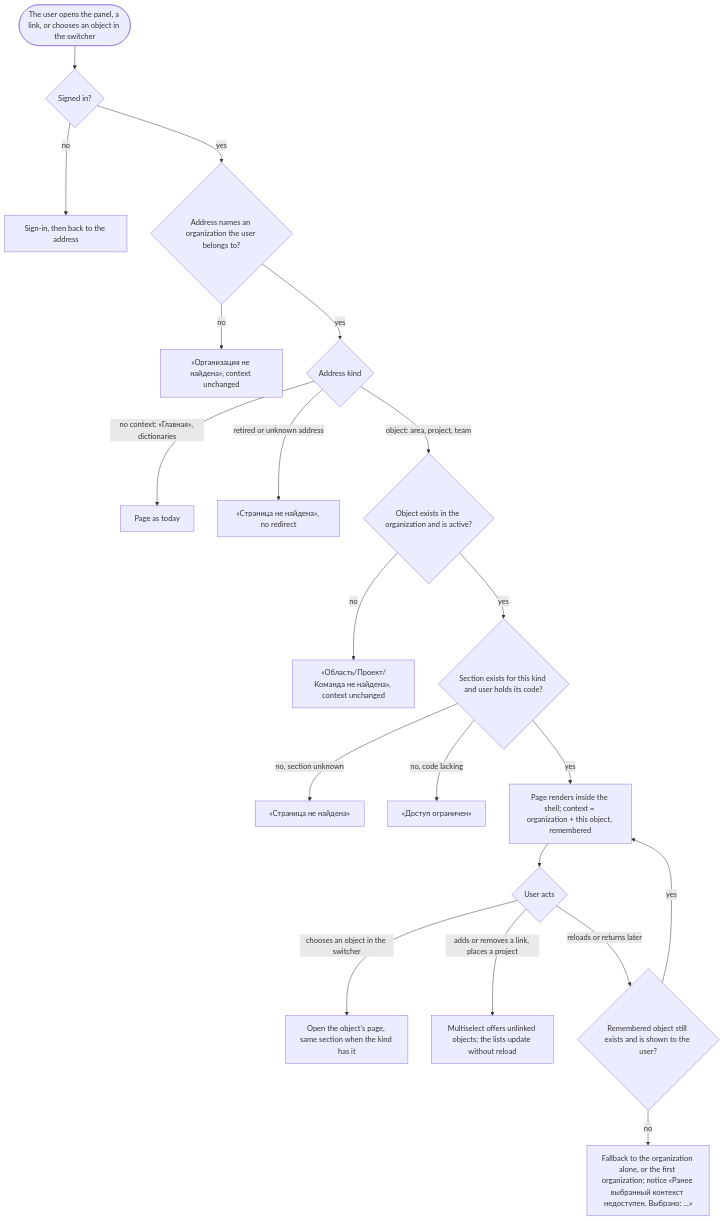
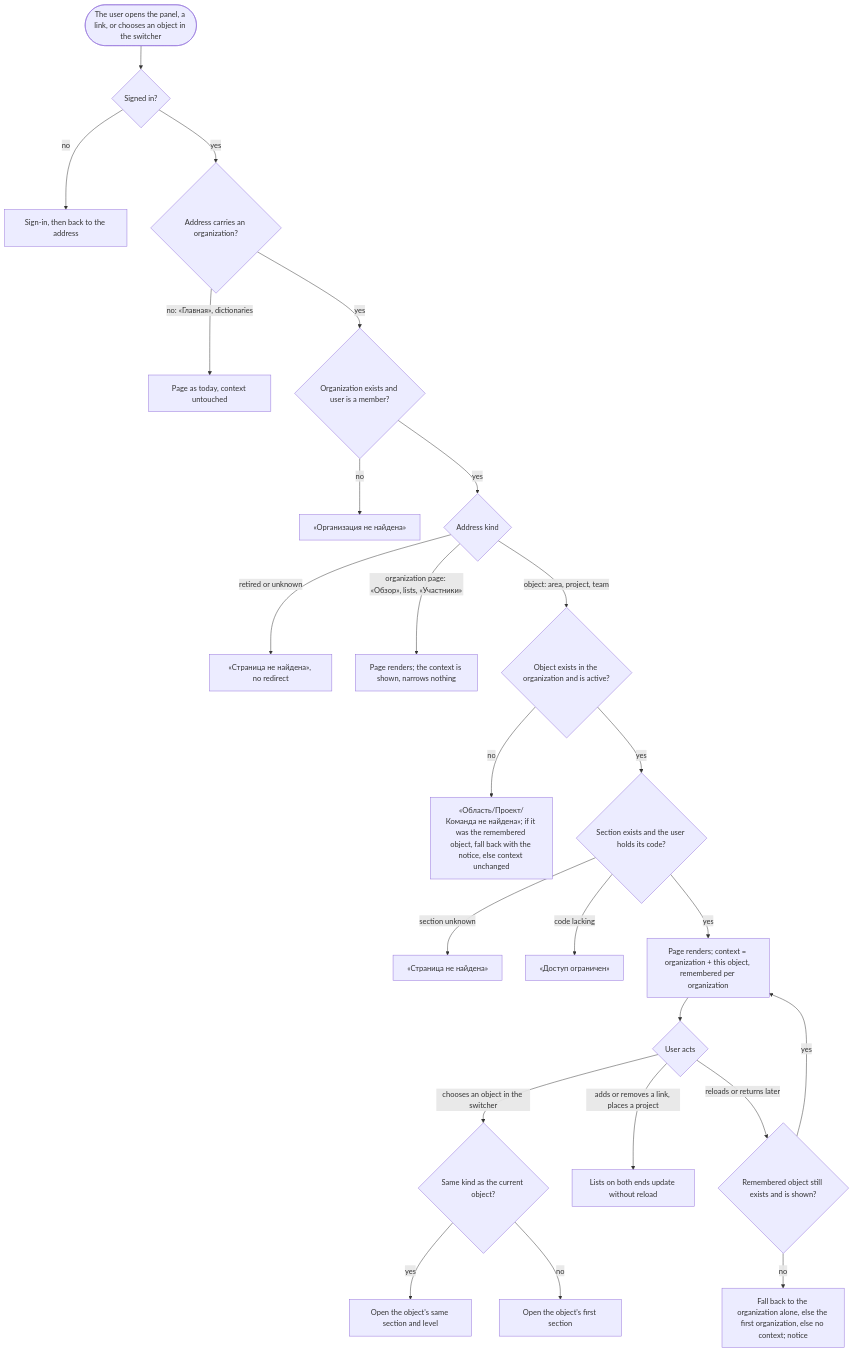
Before and after one commit to totKtoXam/mustask: the diagram in docs/features/feat-043-area-project-team-navigation/spec.md, drawn with Mermaid. The commit also changed other lines of this file and 10 other files, not shown here.

````diff
--- a/docs/features/feat-043-area-project-team-navigation/spec.md
+++ b/docs/features/feat-043-area-project-team-navigation/spec.md
@@ -37,22 +37,26 @@
 ```mermaid
 flowchart TD
     S([The user opens the panel, a link, or chooses an object in the switcher]) --> A{Signed in?}
     A -->|no| A1[Sign-in, then back to the address]
-    A -->|yes| O{Address names an organization the user belongs to?}
-    O -->|no| Ox[«Организация не найдена», context unchanged]
+    A -->|yes| N{Address carries an organization?}
+    N -->|no: «Главная», dictionaries| Kd[Page as today, context untouched]
+    N -->|yes| O{Organization exists and user is a member?}
+    O -->|no| Ox[«Организация не найдена»]
     O -->|yes| K{Address kind}
-    K -->|no context: «Главная», dictionaries| Kd[Page as today]
-    K -->|retired or unknown address| Kx[«Страница не найдена», no redirect]
+    K -->|retired or unknown| Kx[«Страница не найдена», no redirect]
+    K -->|organization page: «Обзор», lists, «Участники»| Kp[Page renders; the context is shown, narrows nothing]
     K -->|object: area, project, team| J{Object exists in the organization and is active?}
-    J -->|no| Jx[«Область/Проект/Команда не найдена», context unchanged]
-    J -->|yes| C{Section exists for this kind and user holds its code?}
-    C -->|no, section unknown| Cx[«Страница не найдена»]
-    C -->|no, code lacking| Cd[«Доступ ограничен»]
-    C -->|yes| P[Page renders inside the shell; context = organization + this object, remembered]
+    J -->|no| Jx[«Область/Проект/Команда не найдена»; if it was the remembered object, fall back with the notice, else context unchanged]
+    J -->|yes| C{Section exists and the user holds its code?}
+    C -->|section unknown| Cx[«Страница не найдена»]
+    C -->|code lacking| Cd[«Доступ ограничен»]
+    C -->|yes| P[Page renders; context = organization + this object, remembered per organization]
     P --> M{User acts}
-    M -->|chooses an object in the switcher| SW[Open the object's page, same section when the kind has it]
-    M -->|adds or removes a link, places a project| LK[Multiselect offers unlinked objects; the lists update without reload]
-    M -->|reloads or returns later| R{Remembered object still exists and is shown to the user?}
+    M -->|chooses an object in the switcher| SW{Same kind as the current object?}
+    SW -->|yes| SW1[Open the object's same section and level]
+    SW -->|no| SW2[Open the object's first section]
+    M -->|adds or removes a link, places a project| LK[Lists on both ends update without reload]
+    M -->|reloads or returns later| R{Remembered object still exists and is shown?}
     R -->|yes| P
-    R -->|no| Rf[Fallback to the organization alone, or the first organization; notice «Ранее выбранный контекст недоступен. Выбрано: …»]
+    R -->|no| Rf[Fall back to the organization alone, else the first organization, else no context; notice]
 ```
````
